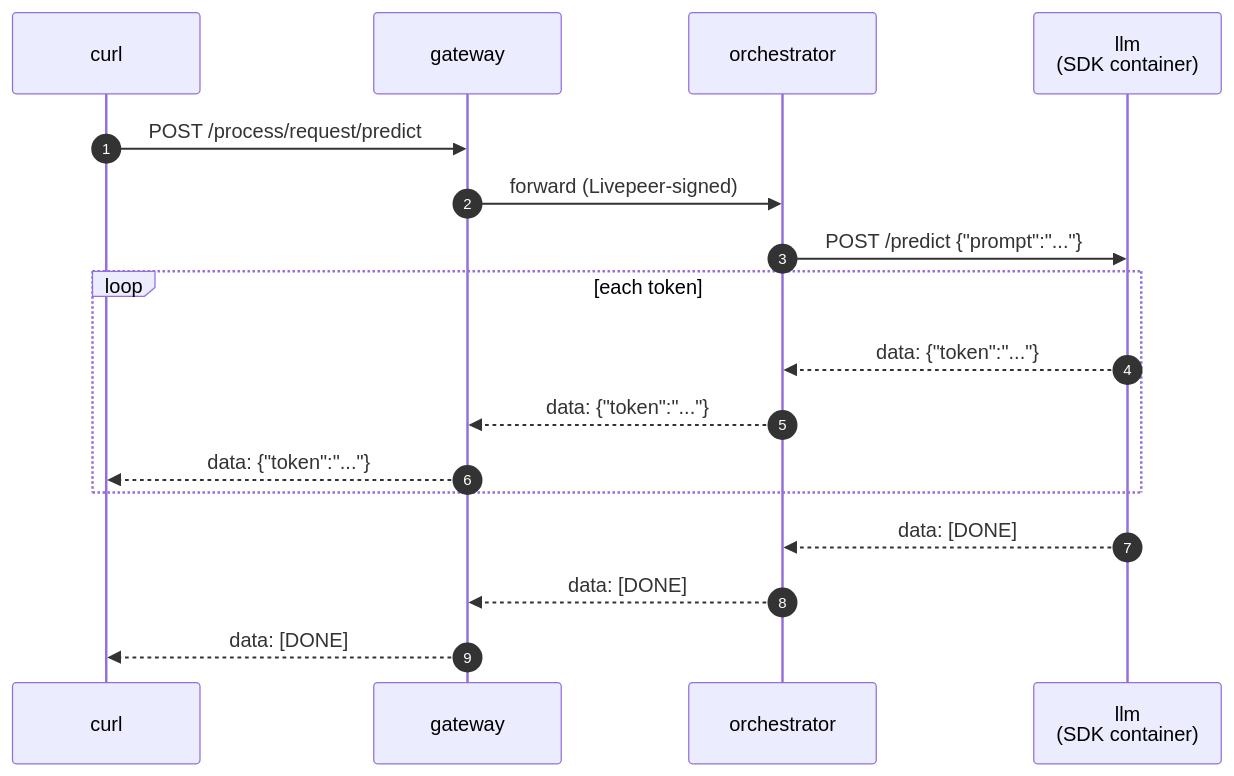
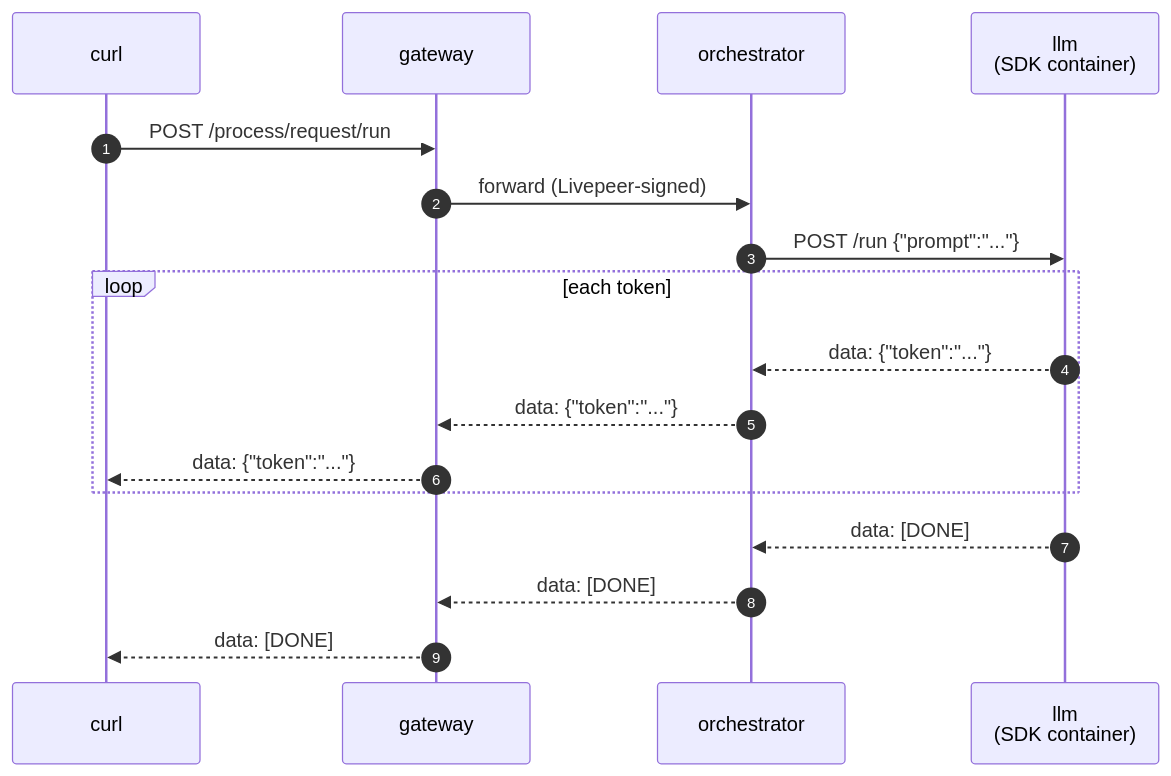
One commit to livepeer/livepeer-python-gateway changed the diagram in examples/runner/llm/README.md. Above: the diagram before and after it, drawn with Mermaid. The commit also changed other lines of this file and 14 other files, not shown here.

First line of the commit message:
refactor(runner): rename predict() → run() for verb-agnostic pipeline shape

````diff
--- a/examples/runner/llm/README.md
+++ b/examples/runner/llm/README.md
@@ -44,20 +44,20 @@
 ```mermaid
 sequenceDiagram
     autonumber
     participant curl
     participant gateway
     participant orchestrator
     participant llm as llm<br/>(SDK container)
 
-    curl->>gateway: POST /process/request/predict
+    curl->>gateway: POST /process/request/run
     gateway->>orchestrator: forward (Livepeer-signed)
-    orchestrator->>llm: POST /predict {"prompt":"..."}
+    orchestrator->>llm: POST /run {"prompt":"..."}
     loop each token
         llm-->>orchestrator: data: {"token":"..."}
         orchestrator-->>gateway: data: {"token":"..."}
         gateway-->>curl: data: {"token":"..."}
     end
     llm-->>orchestrator: data: [DONE]
     orchestrator-->>gateway: data: [DONE]
     gateway-->>curl: data: [DONE]
 ```
````
